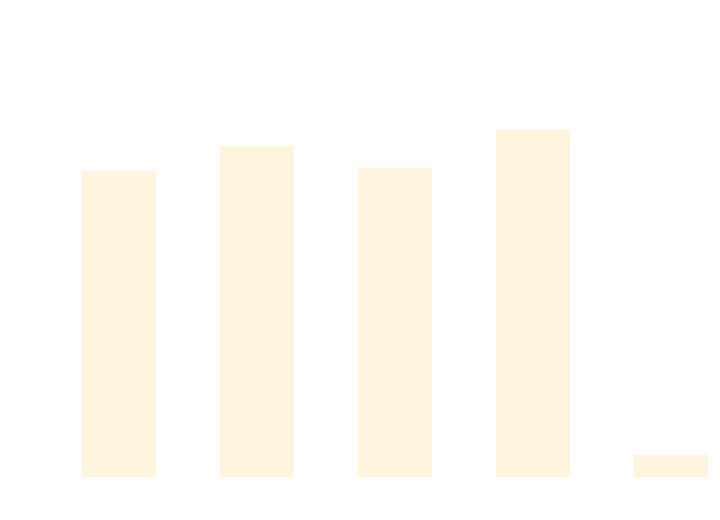
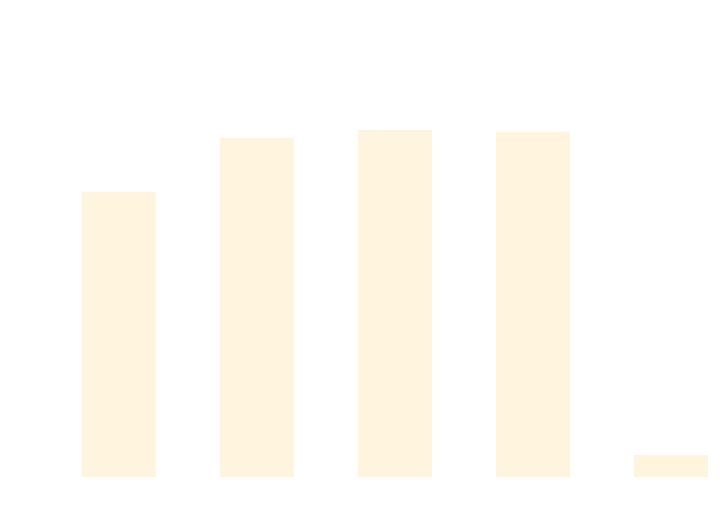
One commit to thomhurst/TUnit changed the diagram in docs/docs/benchmarks/DataDrivenTests.md. Above: the diagram before and after it, drawn with Mermaid. The commit also changed other lines of this file and 17 other files, not shown here.

````diff
--- a/docs/docs/benchmarks/DataDrivenTests.md
+++ b/docs/docs/benchmarks/DataDrivenTests.md
@@ -27,37 +27,37 @@
 ```mermaid
 %%{init: {
   'theme':'base',
   'themeVariables': {
     'primaryColor': '#2563eb',
     'primaryTextColor': '#ffffff',
     'primaryBorderColor': '#1e40af',
     'lineColor': '#6b7280',
     'secondaryColor': '#7c3aed',
     'tertiaryColor': '#dc2626',
     'background': '#ffffff',
     'mainBkg': '#2563eb',
     'secondBkg': '#7c3aed',
     'tertiaryBkg': '#dc2626',
     'clusterBkg': '#f3f4f6',
     'edgeLabelBackground': '#ffffff',
     'tertiaryTextColor': '#1f2937',
     'pie1': '#2563eb',
     'pie2': '#7c3aed',
     'pie3': '#dc2626',
     'pie4': '#f59e0b',
     'pie5': '#10b981',
     'pie6': '#06b6d4',
     'pie7': '#ec4899',
     'pie8': '#6366f1',
     'pie9': '#84cc16',
     'pie10': '#f97316',
     'pie11': '#14b8a6',
     'pie12': '#a855f7'
   }
 }}%%
 xychart-beta
   title "DataDrivenTests Performance Comparison"
   x-axis ["TUnit", "NUnit", "MSTest", "xUnit3", "TUnit_AOT"]
-  y-axis "Time (ms)" 0 --> 688
-  bar [503.36, 545.44, 509.42, 572.97, 24.12]
+  y-axis "Time (ms)" 0 --> 741
+  bar [504.85, 602.92, 617.4, 614.39, 25.6]
 ```
````
